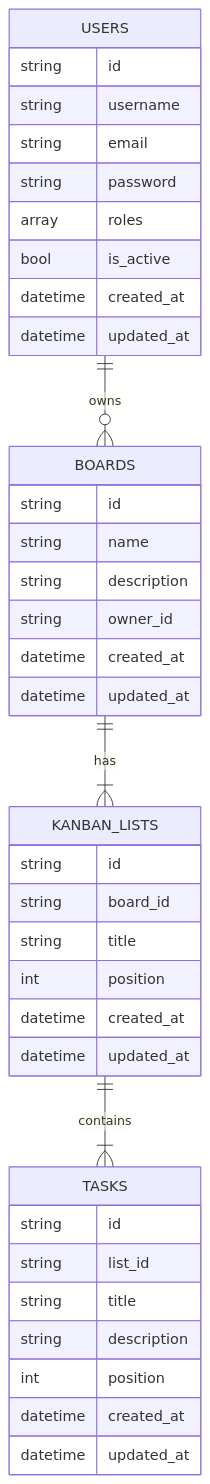
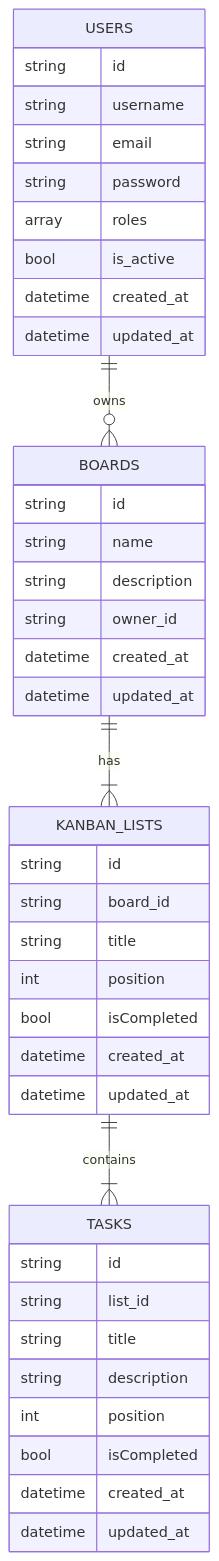
Before and after one commit to tidjee-dev/sf-kanban: the diagram in README.md, drawn with Mermaid. The commit also changed other lines of this file, not shown here.

````diff
--- a/README.md
+++ b/README.md
@@ -87,42 +87,44 @@
 ```mermaid
 erDiagram
     USERS {
       string id
       string username
       string email
       string password
       array roles
       bool is_active
       datetime created_at
       datetime updated_at
     }
     BOARDS {
       string id
       string name
       string description
       string owner_id
       datetime created_at
       datetime updated_at
     }
     KANBAN_LISTS {
       string id
       string board_id
       string title
       int position
+      bool isCompleted
       datetime created_at
       datetime updated_at
     }
     TASKS {
       string id
       string list_id
       string title
       string description
       int position
+      bool isCompleted
       datetime created_at
       datetime updated_at
     }
 
     USERS ||--o{ BOARDS : "owns"
     BOARDS ||--|{ KANBAN_LISTS : "has"
     KANBAN_LISTS ||--|{ TASKS : "contains"
 ```
````
